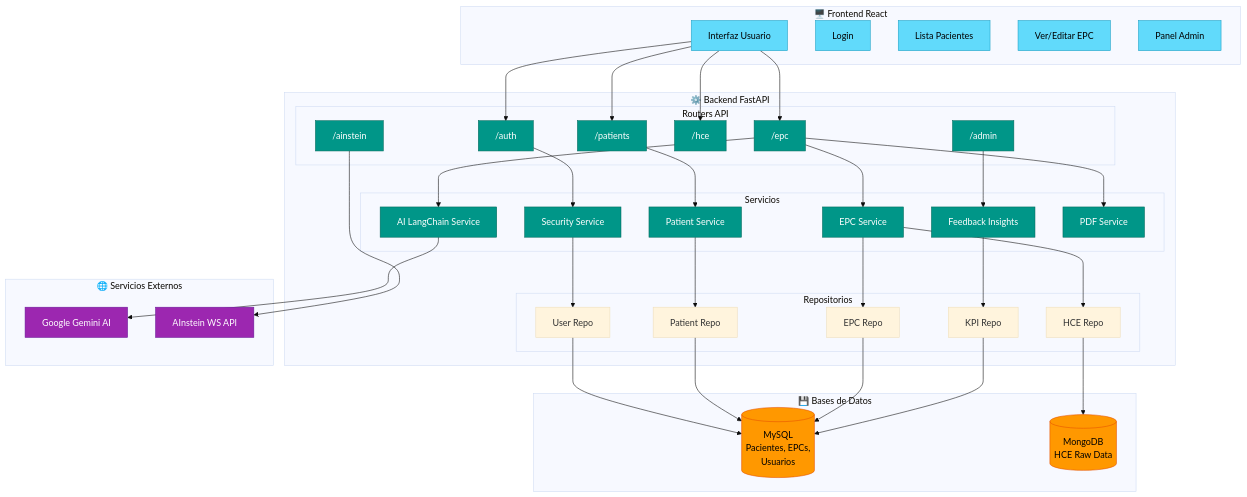
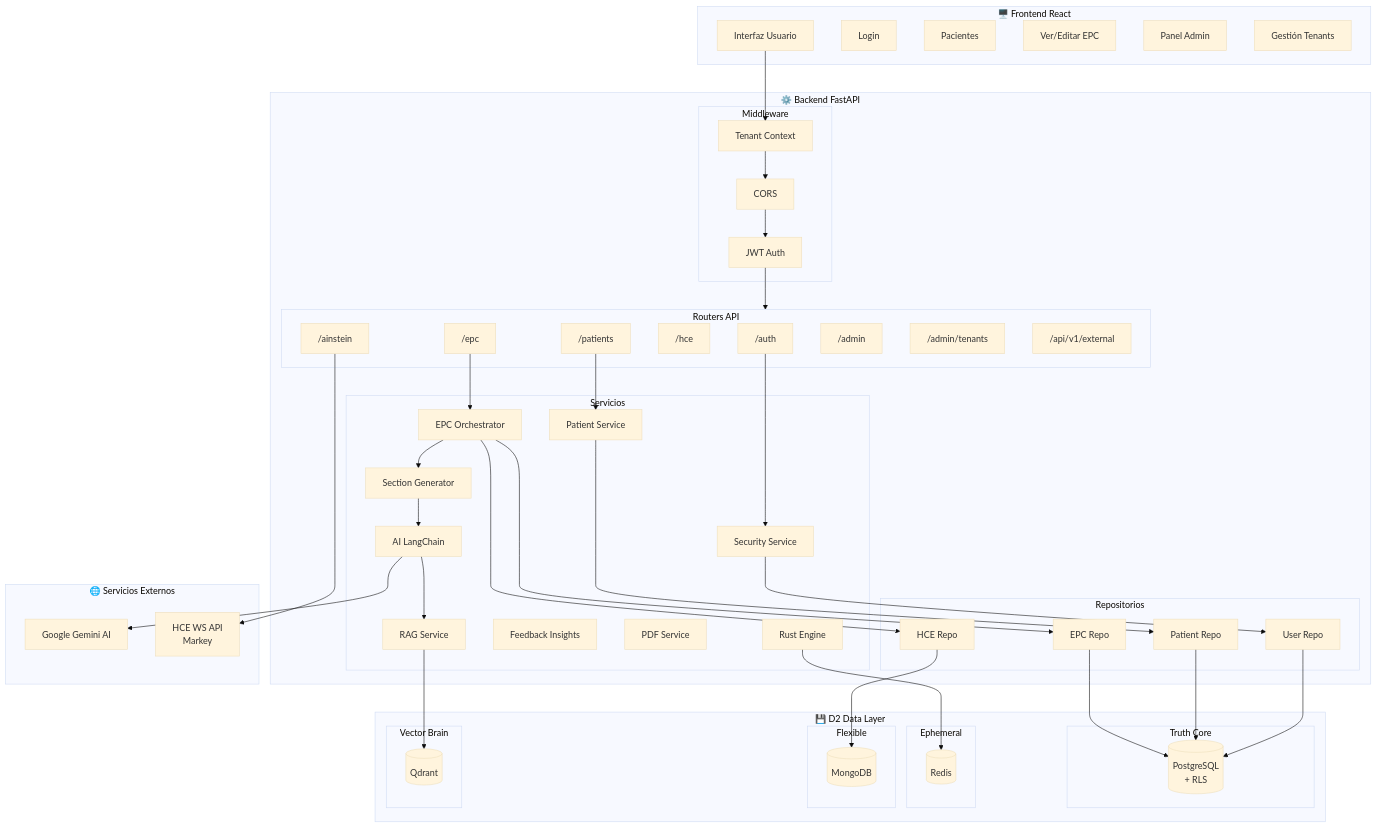
One commit to zeron-team/ainstein_be changed the second of 3 diagrams in README.md. Above: the diagram before and after it, drawn with Mermaid (base theme). The commit also changed other lines of this file, not shown here.

First line of the commit message:
docs: Complete README rewrite with FERRO D2 architecture

````diff
--- a/README.md
+++ b/README.md
@@ -208,12 +524,19 @@
     subgraph FRONTEND["🖥️ Frontend React"]
         UI[Interfaz Usuario]
         LOGIN[Login]
-        PATIENTS[Lista Pacientes]
+        PATIENTS[Pacientes]
         EPC_VIEW[Ver/Editar EPC]
         ADMIN[Panel Admin]
+        TENANTS[Gestión Tenants]
     end
 
     subgraph BACKEND["⚙️ Backend FastAPI"]
+        subgraph MIDDLEWARE["Middleware"]
+            M_TENANT[Tenant Context]
+            M_CORS[CORS]
+            M_AUTH[JWT Auth]
+        end
+
         subgraph ROUTERS["Routers API"]
             R_AUTH["/auth"]
             R_PATIENTS["/patients"]
@@ -221,15 +544,20 @@
             R_HCE["/hce"]
             R_AINSTEIN["/ainstein"]
             R_ADMIN["/admin"]
+            R_TENANTS["/admin/tenants"]
+            R_EXTERNAL["/api/v1/external"]
         end
 
         subgraph SERVICES["Servicios"]
             S_AUTH[Security Service]
             S_PATIENT[Patient Service]
-            S_EPC[EPC Service]
-            S_AI[AI LangChain Service]
+            S_EPC_ORC[EPC Orchestrator]
+            S_EPC_SEC[Section Generator]
+            S_AI[AI LangChain]
+            S_RAG[RAG Service]
             S_FEEDBACK[Feedback Insights]
             S_PDF[PDF Service]
+            S_RUST[Rust Engine]
         end
 
         subgraph REPOS["Repositorios"]
@@ -237,60 +565,59 @@
             REPO_PATIENT[Patient Repo]
             REPO_EPC[EPC Repo]
             REPO_HCE[HCE Repo]
-            REPO_KPI[KPI Repo]
         end
     end
 
-    subgraph DATABASES["💾 Bases de Datos"]
-        MYSQL[(MySQL<br/>Pacientes, EPCs,<br/>Usuarios)]
-        MONGO[(MongoDB<br/>HCE Raw Data)]
+    subgraph D2_LAYER["💾 D2 Data Layer"]
+        subgraph TRUTH["Truth Core"]
+            POSTGRES[(PostgreSQL<br/>+ RLS)]
+        end
+        subgraph EPHEMERAL["Ephemeral"]
+            REDIS[(Redis)]
+        end
+        subgraph FLEXIBLE["Flexible"]
+            MONGO[(MongoDB)]
+        end
+        subgraph VECTOR["Vector Brain"]
+            QDRANT[(Qdrant)]
+        end
     end
 
     subgraph EXTERNAL["🌐 Servicios Externos"]
         GEMINI[Google Gemini AI]
-        AINSTEIN_WS[AInstein WS API]
+        AINSTEIN_WS[HCE WS API<br/>Markey]
     end
 
-    %% Frontend -> Backend
-    UI --> R_AUTH
-    UI --> R_PATIENTS
-    UI --> R_EPC
-    UI --> R_HCE
-    
-    %% Routers -> Services
+    %% Connections
+    UI --> M_TENANT
+    M_TENANT --> M_CORS
+    M_CORS --> M_AUTH
+    M_AUTH --> ROUTERS
+
     R_AUTH --> S_AUTH
     R_PATIENTS --> S_PATIENT
-    R_EPC --> S_EPC
-    R_EPC --> S_AI
-    R_EPC --> S_PDF
+    R_EPC --> S_EPC_ORC
+    S_EPC_ORC --> S_EPC_SEC
+    S_EPC_SEC --> S_AI
+    S_AI --> S_RAG
     R_AINSTEIN --> AINSTEIN_WS
-    R_ADMIN --> S_FEEDBACK
-    
-    %% Services -> Repos
+
     S_AUTH --> REPO_USER
     S_PATIENT --> REPO_PATIENT
-    S_EPC --> REPO_EPC
-    S_EPC --> REPO_HCE
-    S_FEEDBACK --> REPO_KPI
-    
-    %% Repos -> Databases
-    REPO_USER --> MYSQL
-    REPO_PATIENT --> MYSQL
-    REPO_EPC --> MYSQL
-    REPO_KPI --> MYSQL
+    S_EPC_ORC --> REPO_EPC
+    S_EPC_ORC --> REPO_HCE
+
+    REPO_USER --> POSTGRES
+    REPO_PATIENT --> POSTGRES
+    REPO_EPC --> POSTGRES
     REPO_HCE --> MONGO
-    
-    %% External Services
+
     S_AI --> GEMINI
+    S_RAG --> QDRANT
+    S_RUST --> REDIS
 
-    %% Styling
     classDef frontend fill:#61dafb,stroke:#21a1c4,color:#000
     classDef backend fill:#009688,stroke:#00695c,color:#fff
     classDef database fill:#ff9800,stroke:#e65100,color:#000
     classDef external fill:#9c27b0,stroke:#6a1b9a,color:#fff
-    
-    class UI,LOGIN,PATIENTS,EPC_VIEW,ADMIN frontend
-    class R_AUTH,R_PATIENTS,R_EPC,R_HCE,R_AINSTEIN,R_ADMIN,S_AUTH,S_PATIENT,S_EPC,S_AI,S_FEEDBACK,S_PDF backend
-    class MYSQL,MONGO database
-    class GEMINI,AINSTEIN_WS external
 ```
````
